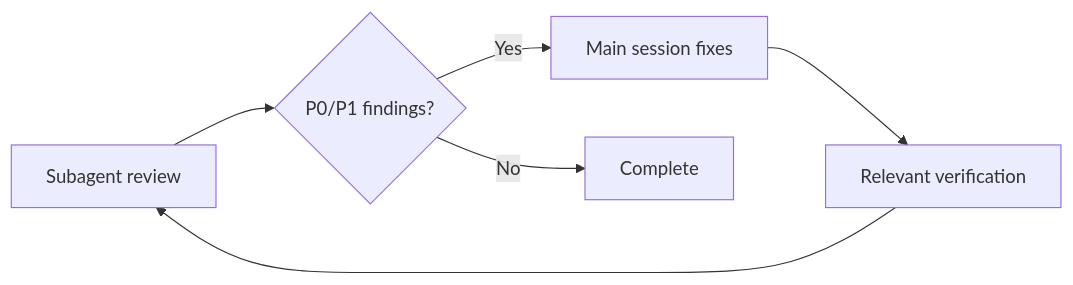
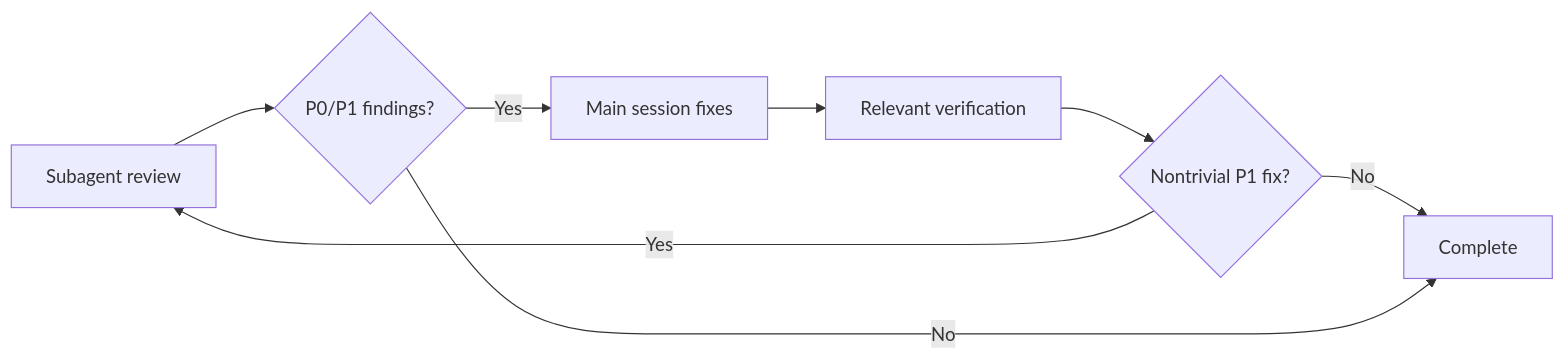
The second of 2 diagrams in README.md (x1han/light-rip), drawn with Mermaid before and after one commit. The commit also changed other lines of this file, not shown here.

````diff
--- a/README.md
+++ b/README.md
@@ -33,8 +33,10 @@
 ```mermaid
 flowchart LR
     A["Subagent review"] --> B{"P0/P1 findings?"}
     B -->|"Yes"| C["Main session fixes"]
     C --> D["Relevant verification"]
-    D --> A
-    B -->|"No"| E["Complete"]
+    D --> E{"Nontrivial P1 fix?"}
+    E -->|"Yes"| A
+    E -->|"No"| F["Complete"]
+    B -->|"No"| F
 ```
````
